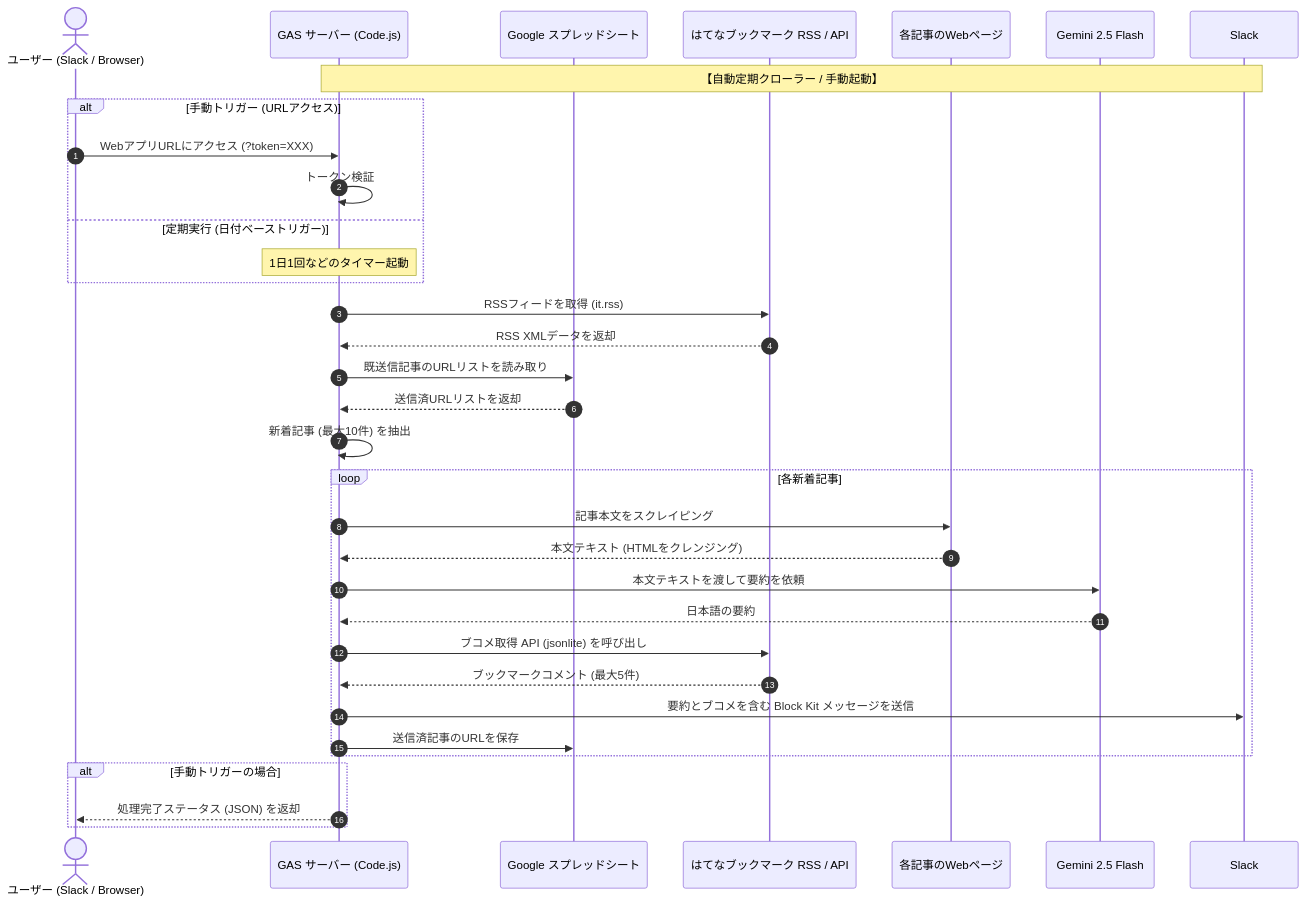
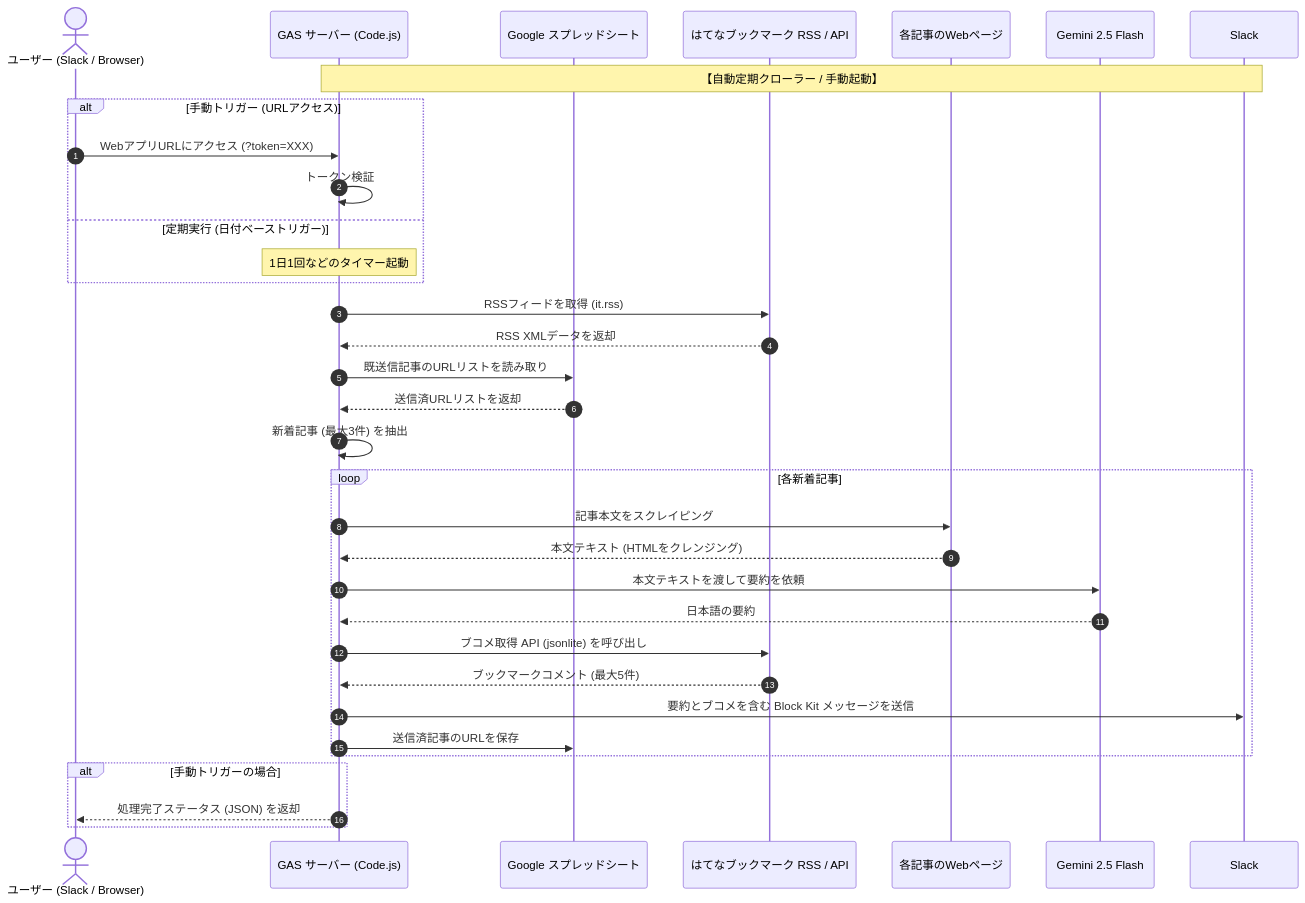
One commit to lightyield/ai-hatebu-digest changed the diagram in README.md. Above: the diagram before and after it, drawn with Mermaid. The commit also changed other lines of this file and 2 other files, not shown here.

````diff
--- a/README.md
+++ b/README.md
@@ -9,40 +9,40 @@
 ```mermaid
 sequenceDiagram
     autonumber
     actor User as ユーザー (Slack / Browser)
     participant GAS as GAS サーバー (Code.js)
     participant Sheet as Google スプレッドシート
     participant Hatebu as はてなブックマーク RSS / API
     participant WebPage as 各記事のWebページ
     participant Gemini as Gemini 2.5 Flash
     participant Slack as Slack
 
     Note over GAS, Slack: 【自動定期クローラー / 手動起動】
     alt 手動トリガー (URLアクセス)
         User->>GAS: WebアプリURLにアクセス (?token=XXX)
         GAS->>GAS: トークン検証
     else 定期実行 (日付ベーストリガー)
         Note over GAS: 1日1回などのタイマー起動
     end
 
     GAS->>Hatebu: RSSフィードを取得 (it.rss)
     Hatebu-->>GAS: RSS XMLデータを返却
     GAS->>Sheet: 既送信記事のURLリストを読み取り
     Sheet-->>GAS: 送信済URLリストを返却
-    GAS->>GAS: 新着記事 (最大10件) を抽出
+    GAS->>GAS: 新着記事 (最大3件) を抽出
     
     loop 各新着記事
         GAS->>WebPage: 記事本文をスクレイピング
         WebPage-->>GAS: 本文テキスト (HTMLをクレンジング)
         GAS->>Gemini: 本文テキストを渡して要約を依頼
         Gemini-->>GAS: 日本語の要約
         GAS->>Hatebu: ブコメ取得 API (jsonlite) を呼び出し
         Hatebu-->>GAS: ブックマークコメント (最大5件)
         GAS->>Slack: 要約とブコメを含む Block Kit メッセージを送信
         GAS->>Sheet: 送信済記事のURLを保存
     end
 
     alt 手動トリガーの場合
         GAS-->>User: 処理完了ステータス (JSON) を返却
     end
 ```
````
